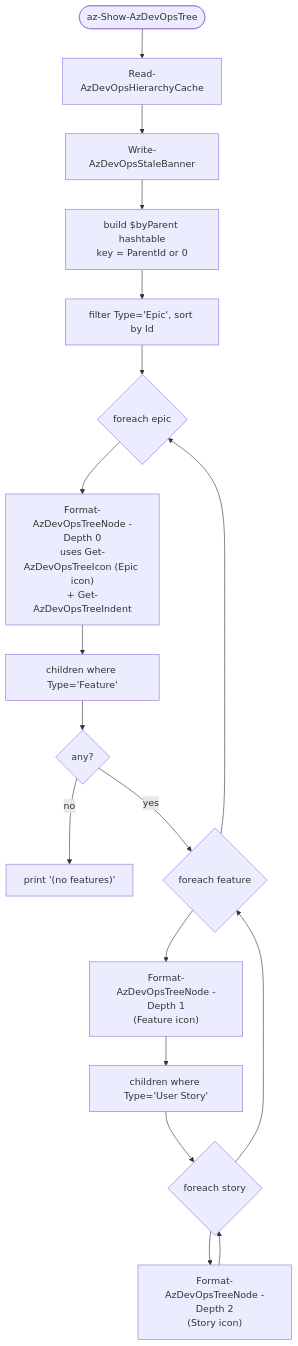
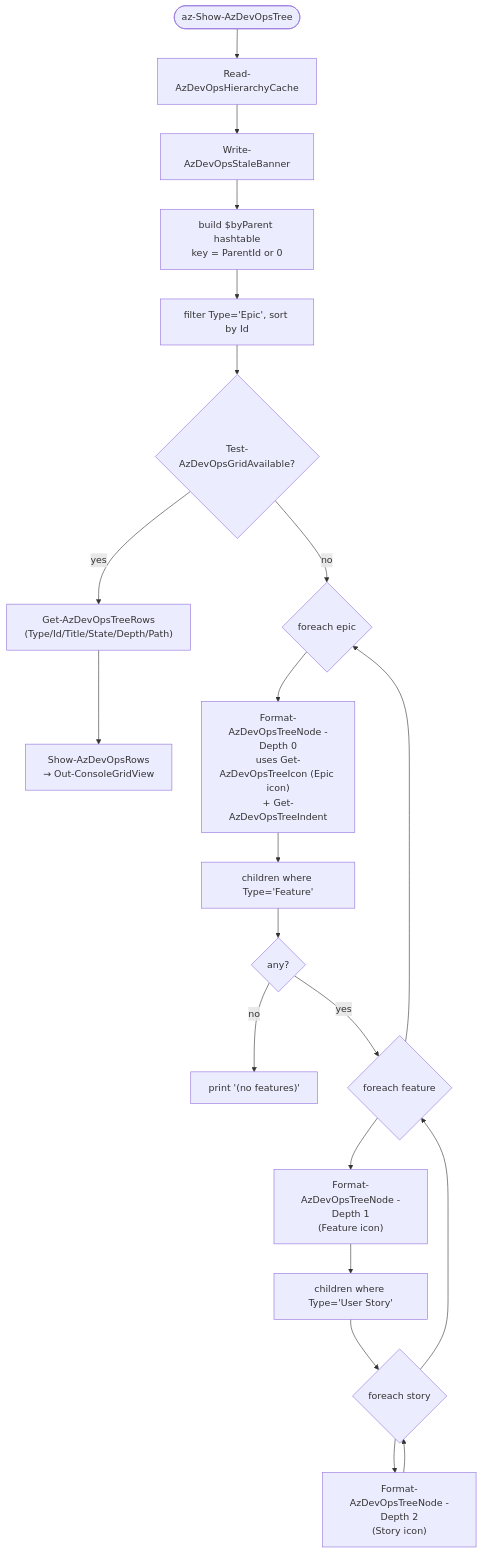
One commit to jdschleicher/bashcuts changed the seventh of 10 diagrams in docs/azure-devops-diagrams.md. Above: the diagram before and after it, drawn with Mermaid. The commit also changed other lines of this file and 2 other files, not shown here.

````diff
--- a/docs/azure-devops-diagrams.md
+++ b/docs/azure-devops-diagrams.md
@@ -265,20 +267,23 @@
 ```mermaid
 flowchart TD
     Start([az-Show-AzDevOpsTree]) --> Read[Read-AzDevOpsHierarchyCache]
     Read --> Banner[Write-AzDevOpsStaleBanner]
     Banner --> Index["build $byParent hashtable<br/>key = ParentId or 0"]
     Index --> Epics["filter Type='Epic', sort by Id"]
-    Epics --> ForEpic{foreach epic}
+    Epics --> Grid{Test-AzDevOpsGridAvailable?}
+    Grid -- yes --> RowsFn["Get-AzDevOpsTreeRows<br/>(Type/Id/Title/State/Depth/Path)"]
+    RowsFn --> Show["Show-AzDevOpsRows<br/>→ Out-ConsoleGridView"]
+    Grid -- no --> ForEpic{foreach epic}
     ForEpic --> NodeE["Format-AzDevOpsTreeNode -Depth 0<br/>uses Get-AzDevOpsTreeIcon (Epic icon)<br/>+ Get-AzDevOpsTreeIndent"]
     NodeE --> Features["children where Type='Feature'"]
     Features --> NoFeat{any?}
     NoFeat -- no --> Empty["print '(no features)'"]
     NoFeat -- yes --> ForFeat{foreach feature}
     ForFeat --> NodeF["Format-AzDevOpsTreeNode -Depth 1<br/>(Feature icon)"]
     NodeF --> Stories["children where Type='User Story'"]
     Stories --> ForStory{foreach story}
     ForStory --> NodeS["Format-AzDevOpsTreeNode -Depth 2<br/>(Story icon)"]
     NodeS --> ForStory
     ForStory --> ForFeat
     ForFeat --> ForEpic
 ```
````
